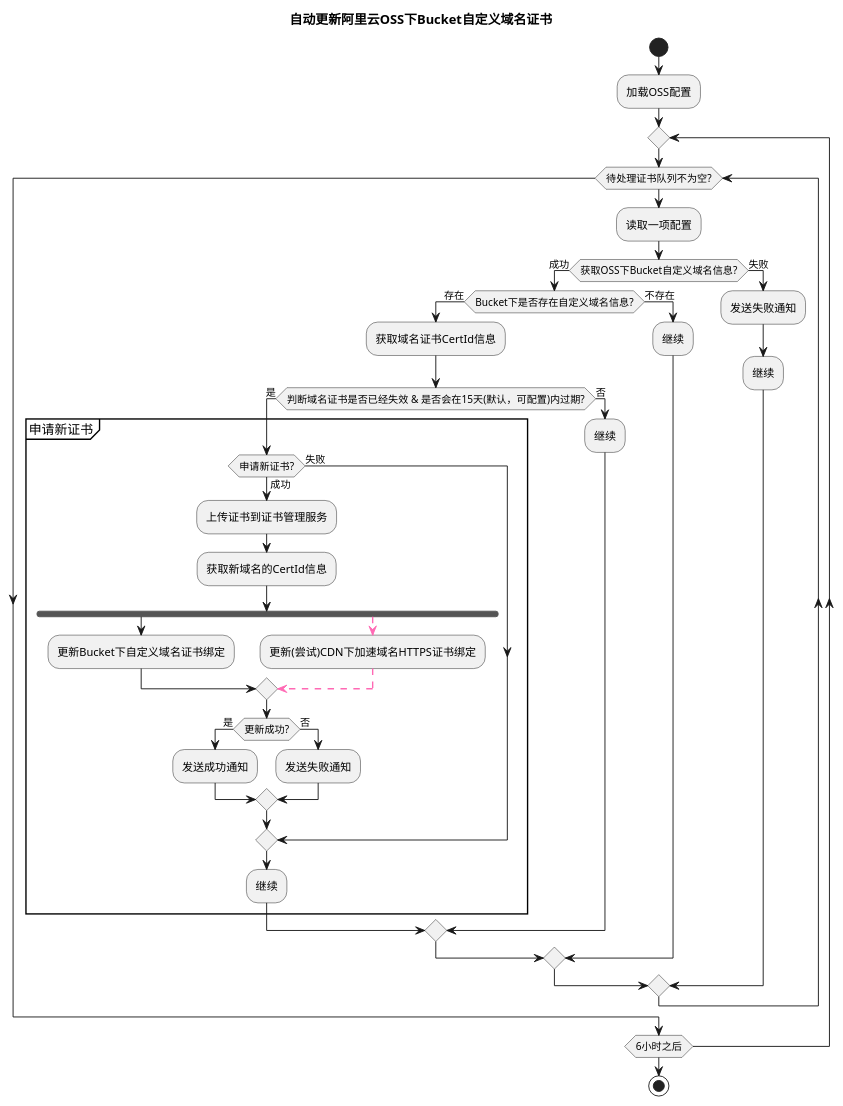
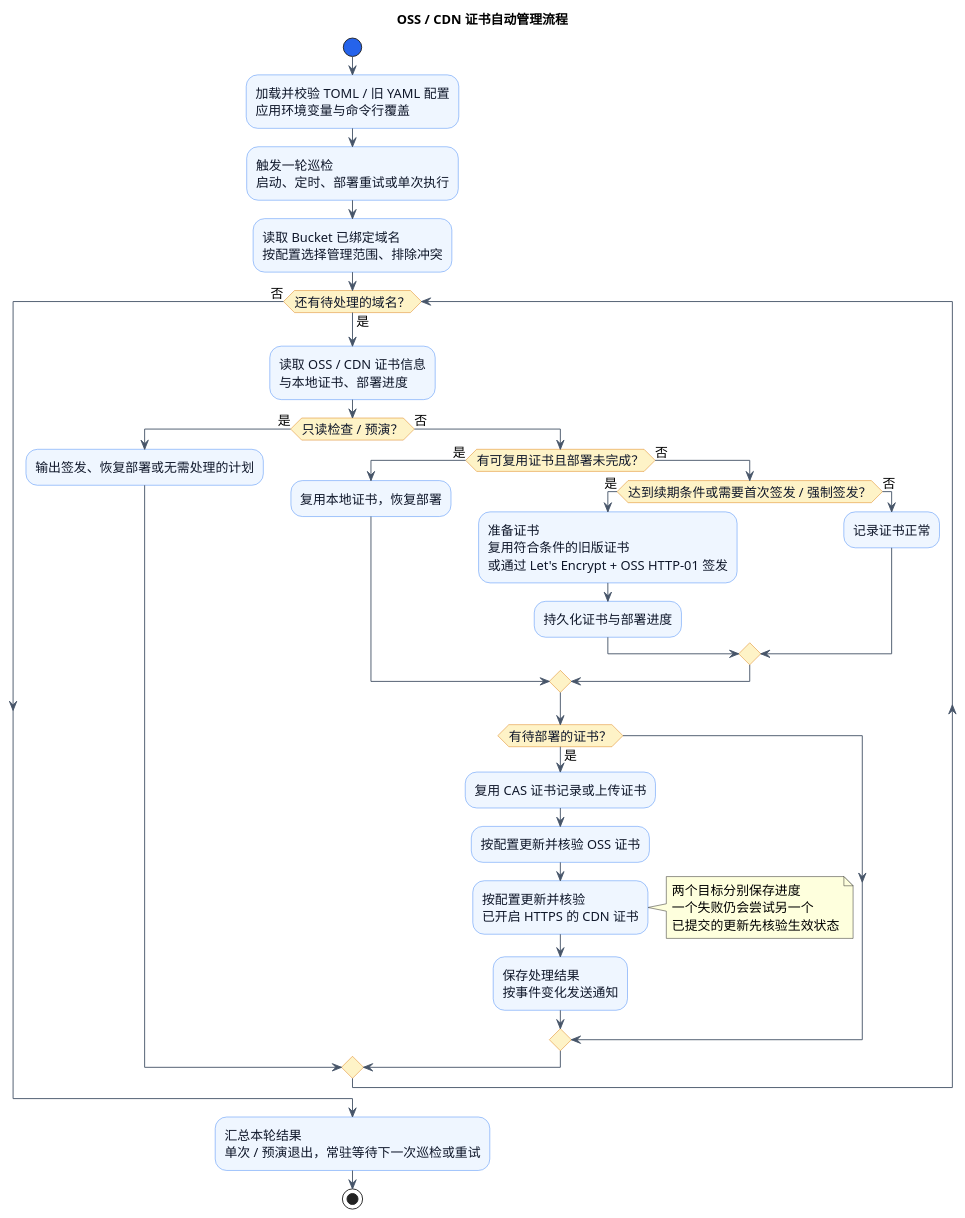
The diagram in oss-auto-cert.puml (nekoimi/oss-auto-cert), drawn with PlantUML before and after one commit. The commit also changed 14 other files, not shown here.

First line of the commit message:
refactor: 将 CLI 移入 cmd 并更新流程图文档

```diff
--- a/oss-auto-cert.puml
+++ b/oss-auto-cert.puml
@@ -1,48 +1,55 @@
 @startuml
+title OSS / CDN 证书自动管理流程
 
-title: 自动更新阿里云OSS下Bucket自定义域名证书
+skinparam backgroundColor #FFFFFF
+skinparam defaultFontName "Microsoft YaHei"
+skinparam defaultFontSize 14
+skinparam shadowing false
+skinparam ArrowColor #475569
+skinparam activity {
+  BackgroundColor #EFF6FF
+  BorderColor #3B82F6
+  FontColor #0F172A
+  DiamondBackgroundColor #FEF3C7
+  DiamondBorderColor #D97706
+  StartColor #2563EB
+  EndColor #2563EB
+}
 
 start
-:加载OSS配置;
-repeat
-while (待处理证书队列不为空?)
-  :读取一项配置;
-  if (获取OSS下Bucket自定义域名信息?) is (成功) then
-    if (Bucket下是否存在自定义域名信息?) is (存在) then
-      :获取域名证书CertId信息;
-      if (判断域名证书是否已经失效 & 是否会在15天(默认，可配置)内过期?) is (是) then
-              group 申请新证书
-                if (申请新证书?) is (成功) then
-                  :上传证书到证书管理服务;
-                  :获取新域名的CertId信息;
-                  fork
-                    :更新Bucket下自定义域名证书绑定;
-                  fork again
-                    -[#hotpink,dashed]->
-                    :更新(尝试)CDN下加速域名HTTPS证书绑定;
-                    -[#hotpink,dashed]->
-                  end merge
-                  if (更新成功?) is (是) then
-                    :发送成功通知;
-                  else (否)
-                    :发送失败通知;
-                  endif
-                else (失败)
-                endif
-                :继续;
-              end group
-            else (否)
-              :继续;
-            endif
-    else (不存在)
-    :继续;
+:加载并校验 TOML / 旧 YAML 配置\n应用环境变量与命令行覆盖;
+:触发一轮巡检\n启动、定时、部署重试或单次执行;
+:读取 Bucket 已绑定域名\n按配置选择管理范围、排除冲突;
+
+while (还有待处理的域名？) is (是)
+  :读取 OSS / CDN 证书信息\n与本地证书、部署进度;
+  if (只读检查 / 预演？) then (是)
+    :输出签发、恢复部署或无需处理的计划;
+  else (否)
+    if (有可复用证书且部署未完成？) then (是)
+      :复用本地证书，恢复部署;
+    else (否)
+      if (达到续期条件或需要首次签发 / 强制签发？) then (是)
+        :准备证书\n复用符合条件的旧版证书\n或通过 Let's Encrypt + OSS HTTP-01 签发;
+        :持久化证书与部署进度;
+      else (否)
+        :记录证书正常;
+      endif
     endif
-  else (失败)
-    :发送失败通知;
-    :继续;
+    if (有待部署的证书？) then (是)
+      :复用 CAS 证书记录或上传证书;
+      :按配置更新并核验 OSS 证书;
+      :按配置更新并核验\n已开启 HTTPS 的 CDN 证书;
+      note right
+        两个目标分别保存进度
+        一个失败仍会尝试另一个
+        已提交的更新先核验生效状态
+      end note
+      :保存处理结果\n按事件变化发送通知;
+    endif
   endif
-endwhile
-repeat while(6小时之后)
+endwhile (否)
+
+:汇总本轮结果\n单次 / 预演退出，常驻等待下一次巡检或重试;
 stop
-
 @enduml
```
